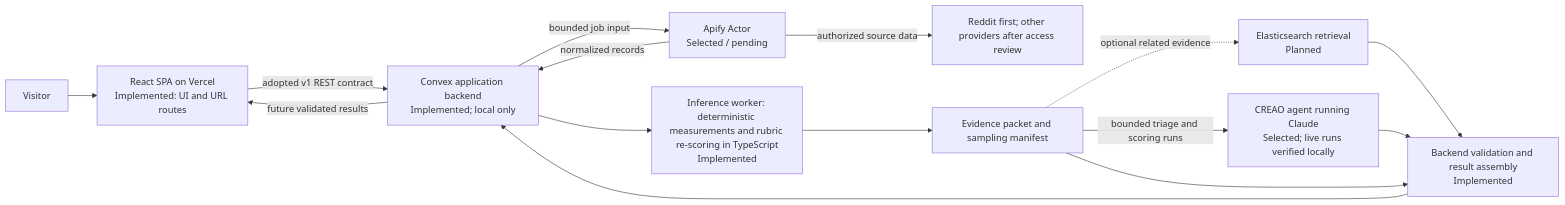
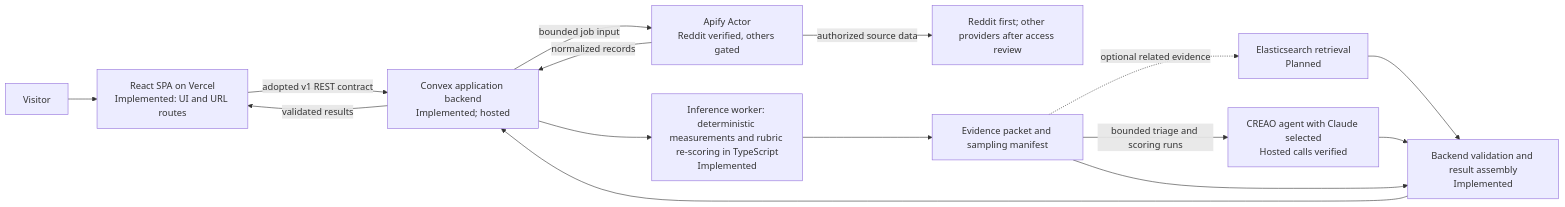
One commit to deadinternettheory-calhacks/dead-internet-theory changed the second of 2 diagrams in SPEC.md. Above: the diagram before and after it, drawn with Mermaid. The commit also changed other lines of this file and 6 other files, not shown here.

Commit message:
docs(deployment): record live Reddit verification and operating limits

````diff
--- a/SPEC.md
+++ b/SPEC.md
@@ -166,17 +166,17 @@
 ```mermaid
 flowchart LR
     Person[Visitor] --> Web[React SPA on Vercel<br/>Implemented: UI and URL routes]
-    Web -->|adopted v1 REST contract| Convex[Convex application backend<br/>Implemented; local only]
-    Convex -->|bounded job input| Apify[Apify Actor<br/>Selected / pending]
+    Web -->|adopted v1 REST contract| Convex[Convex application backend<br/>Implemented; hosted]
+    Convex -->|bounded job input| Apify[Apify Actor<br/>Reddit verified, others gated]
     Apify -->|authorized source data| Platform[Reddit first; other providers after access review]
     Apify -->|normalized records| Convex
     Convex --> Python[Inference worker: deterministic measurements and rubric re-scoring in TypeScript<br/>Implemented]
     Python --> Packet[Evidence packet and sampling manifest]
     Packet -. optional related evidence .-> Elastic[Elasticsearch retrieval<br/>Planned]
-    Packet -->|bounded triage and scoring runs| CREAO[CREAO agent running Claude<br/>Selected; live runs verified locally]
+    Packet -->|bounded triage and scoring runs| CREAO[CREAO agent with Claude selected<br/>Hosted calls verified]
     Elastic --> Validate[Backend validation and result assembly<br/>Implemented]
     CREAO --> Validate
     Packet --> Validate
     Validate --> Convex
-    Convex -->|future validated results| Web
+    Convex -->|validated results| Web
 ```
````
